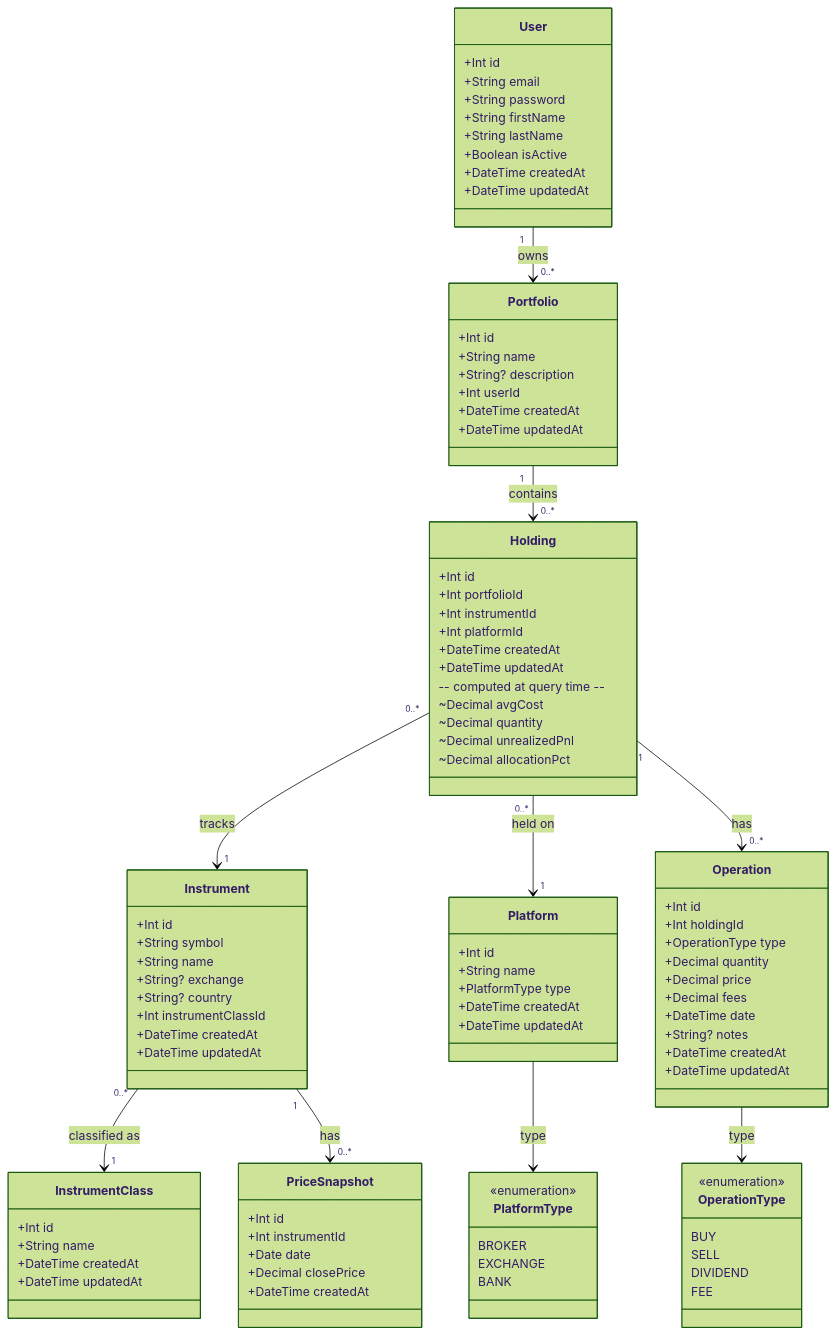
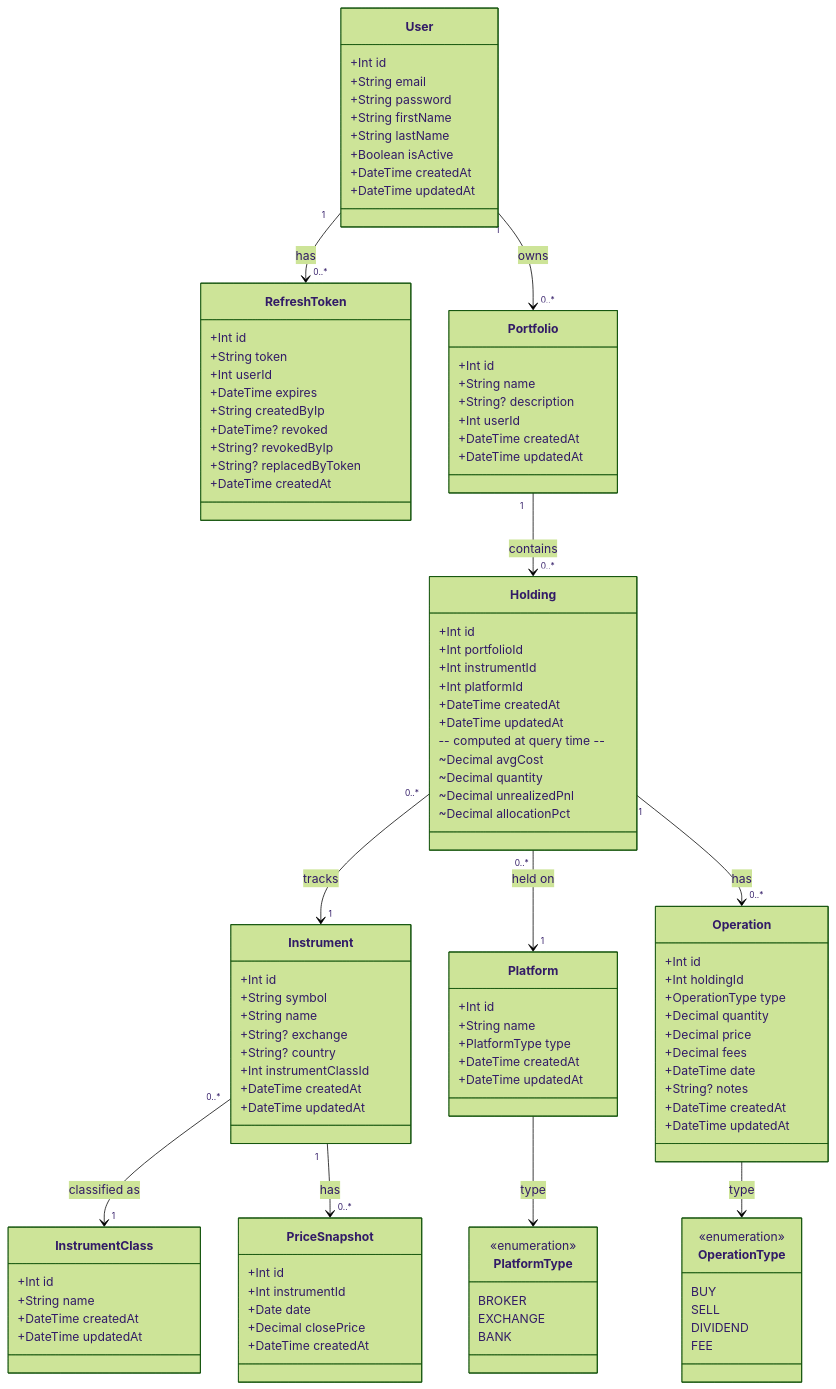
The diagram in docs/architecture/domain-model.md (miranda-daniel/Finvest-API), drawn with Mermaid (forest theme) before and after one commit. The commit also changed other lines of this file and 15 other files, not shown here.

```diff
--- a/docs/architecture/domain-model.md
+++ b/docs/architecture/domain-model.md
@@ -12,6 +12,18 @@
     +Boolean isActive
     +DateTime createdAt
     +DateTime updatedAt
+  }
+
+  class RefreshToken {
+    +Int id
+    +String token
+    +Int userId
+    +DateTime expires
+    +String createdByIp
+    +DateTime? revoked
+    +String? revokedByIp
+    +String? replacedByToken
+    +DateTime createdAt
   }
 
   class Portfolio {
@@ -99,6 +111,7 @@
     FEE
   }
 
+  User "1" --> "0..*" RefreshToken : has
   User "1" --> "0..*" Portfolio : owns
   Portfolio "1" --> "0..*" Holding : contains
   Holding "0..*" --> "1" Instrument : tracks
```
